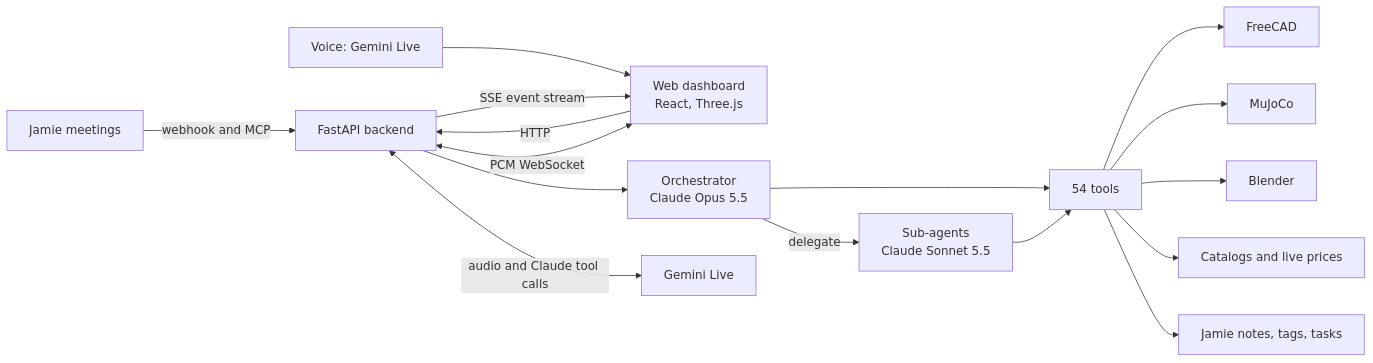
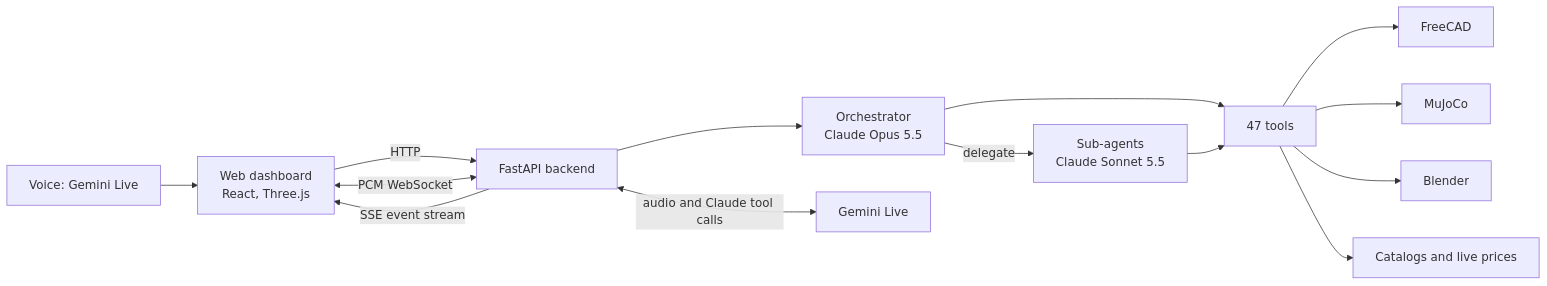
The diagram in README.md (AnyBuildhackathon/bauplan), drawn with Mermaid before and after one commit. The commit also changed other lines of this file and 94 other files, not shown here.

````diff
--- a/README.md
+++ b/README.md
@@ -43,18 +43,16 @@
 ```mermaid
 flowchart LR
-    M[Jamie meetings] -->|webhook and MCP| B
     V[Voice: Gemini Live] --> W
     W[Web dashboard<br/>React, Three.js] -->|HTTP| B[FastAPI backend]
     B -->|SSE event stream| W
     B --> O[Orchestrator<br/>Claude Opus 5.5]
     O -->|delegate| S[Sub-agents<br/>Claude Sonnet 5.5]
-    O --> T[54 tools]
+    O --> T[47 tools]
     S --> T
     T --> FC[FreeCAD]
     T --> MJ[MuJoCo]
     T --> BL[Blender]
     T --> PR[Catalogs and live prices]
-    T --> J2[Jamie notes, tags, tasks]
     W <-->|PCM WebSocket| B
     B <-->|audio and Claude tool calls| G[Gemini Live]
 ```
````
